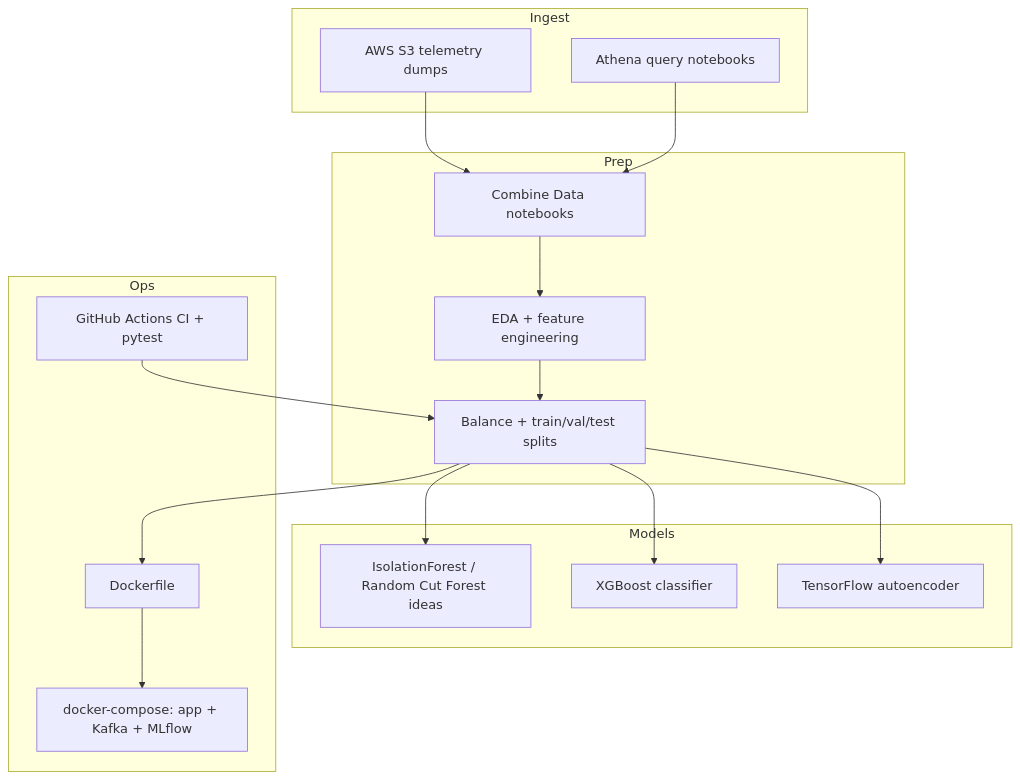
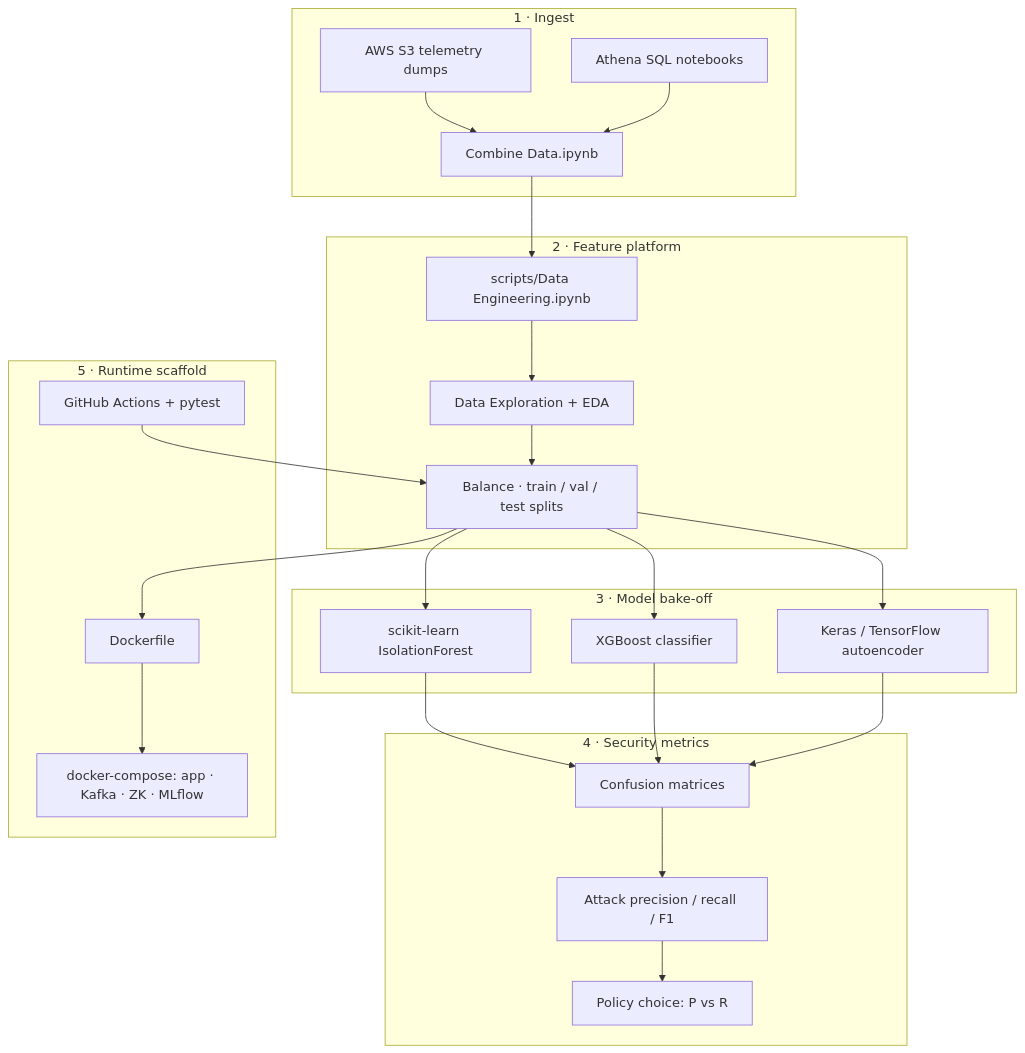
One commit to ArchanaChetan07/CyberSentinel-Security-Solutions changed the sixth of 9 diagrams in README.md. Above: the diagram before and after it, drawn with Mermaid. The commit also changed other lines of this file, not shown here.

Commit message:
Document verified multi-million-event bake-off with diagrams and attack metrics.

````diff
--- a/README.md
+++ b/README.md
@@ -53,27 +134,40 @@
 ```mermaid
 flowchart TB
-  subgraph Ingest
-    S3[AWS S3 telemetry dumps]
-    ATH[Athena query notebooks]
-  end
-  subgraph Prep
-    COMB[Combine Data notebooks]
-    EXP[EDA + feature engineering]
-    SPLIT[Balance + train/val/test splits]
-  end
-  subgraph Models
-    IF[IsolationForest / Random Cut Forest ideas]
-    XGB[XGBoost classifier]
-    AE[TensorFlow autoencoder]
-  end
-  subgraph Ops
-    DOC[Dockerfile]
-    CMP[docker-compose: app + Kafka + MLflow]
-    CI[GitHub Actions CI + pytest]
-  end
-  S3 --> COMB
-  ATH --> COMB
-  COMB --> EXP --> SPLIT --> IF & XGB & AE
-  SPLIT --> DOC --> CMP
-  CI --> SPLIT
+    subgraph Ingest["1 · Ingest"]
+        S3["AWS S3 telemetry dumps"]
+        ATH["Athena SQL notebooks"]
+        COMB["Combine Data.ipynb"]
+    end
+
+    subgraph Prep["2 · Feature platform"]
+        ENG["scripts/Data Engineering.ipynb"]
+        EDA["Data Exploration + EDA"]
+        BAL["Balance · train / val / test splits"]
+    end
+
+    subgraph Learn["3 · Model bake-off"]
+        IF["scikit-learn IsolationForest"]
+        XGB["XGBoost classifier"]
+        AE["Keras / TensorFlow autoencoder"]
+    end
+
+    subgraph Decide["4 · Security metrics"]
+        CM["Confusion matrices"]
+        PR["Attack precision / recall / F1"]
+        CARD["Policy choice: P vs R"]
+    end
+
+    subgraph Ops["5 · Runtime scaffold"]
+        DK["Dockerfile"]
+        DC["docker-compose: app · Kafka · ZK · MLflow"]
+        CI["GitHub Actions + pytest"]
+    end
+
+    S3 --> COMB
+    ATH --> COMB
+    COMB --> ENG --> EDA --> BAL
+    BAL --> IF & XGB & AE
+    IF & XGB & AE --> CM --> PR --> CARD
+    BAL --> DK --> DC
+    CI --> BAL
 ```
````
